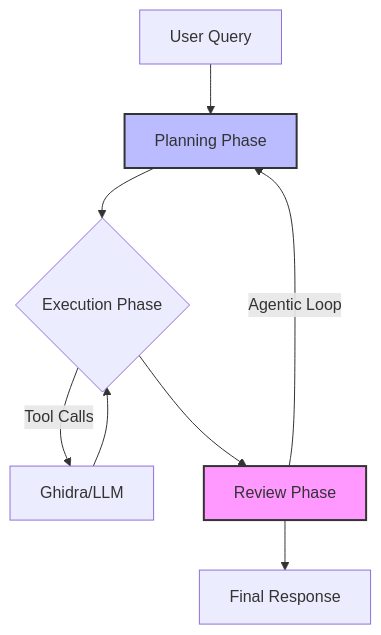
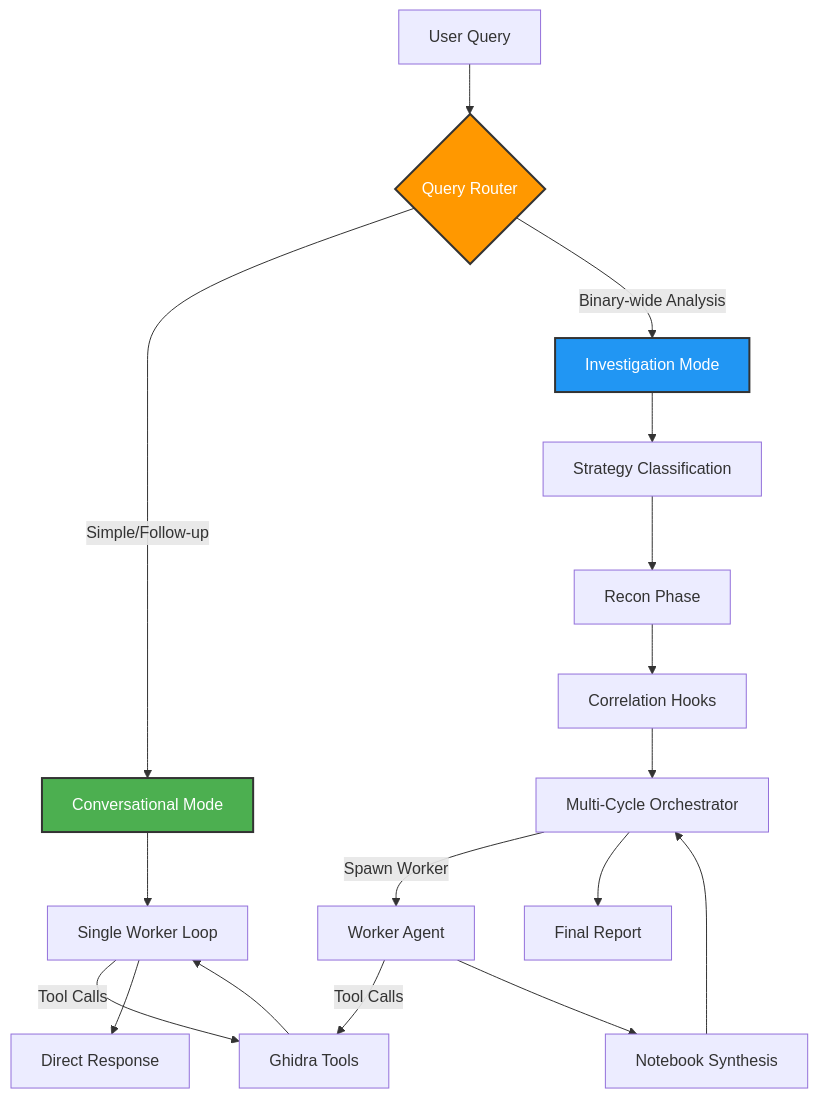
One commit to llnl/OGhidra changed the diagram in README.md. Above: the diagram before and after it, drawn with Mermaid. The commit also changed other lines of this file and 37 other files, not shown here.

````diff
--- a/README.md
+++ b/README.md
@@ -30,13 +27,25 @@
 ```mermaid
 graph TD
-    A[User Query] --> B[Planning Phase]
-    B --> C{Execution Phase}
-    C -- Tool Calls --> D[Ghidra/LLM]
-    D --> C
-    C --> E[Review Phase]
-    E -- Agentic Loop --> B
-    E --> F[Final Response]
-    
-    style E fill:#f9f,stroke:#333,stroke-width:2px
-    style B fill:#bbf,stroke:#333,stroke-width:2px
+    A[User Query] --> B{Query Router}
+    B -- Simple/Follow-up --> C[Conversational Mode]
+    B -- Binary-wide Analysis --> D[Investigation Mode]
+
+    C --> E[Single Worker Loop]
+    E -- Tool Calls --> F[Ghidra Tools]
+    F --> E
+    E --> G[Direct Response]
+
+    D --> H[Strategy Classification]
+    H --> I[Recon Phase]
+    I --> J[Correlation Hooks]
+    J --> K[Multi-Cycle Orchestrator]
+    K -- Spawn Worker --> L[Worker Agent]
+    L -- Tool Calls --> F
+    L --> M[Notebook Synthesis]
+    M --> K
+    K --> N[Final Report]
+
+    style C fill:#4CAF50,stroke:#333,stroke-width:2px,color:#fff
+    style D fill:#2196F3,stroke:#333,stroke-width:2px,color:#fff
+    style B fill:#FF9800,stroke:#333,stroke-width:2px,color:#fff
 ```
````
